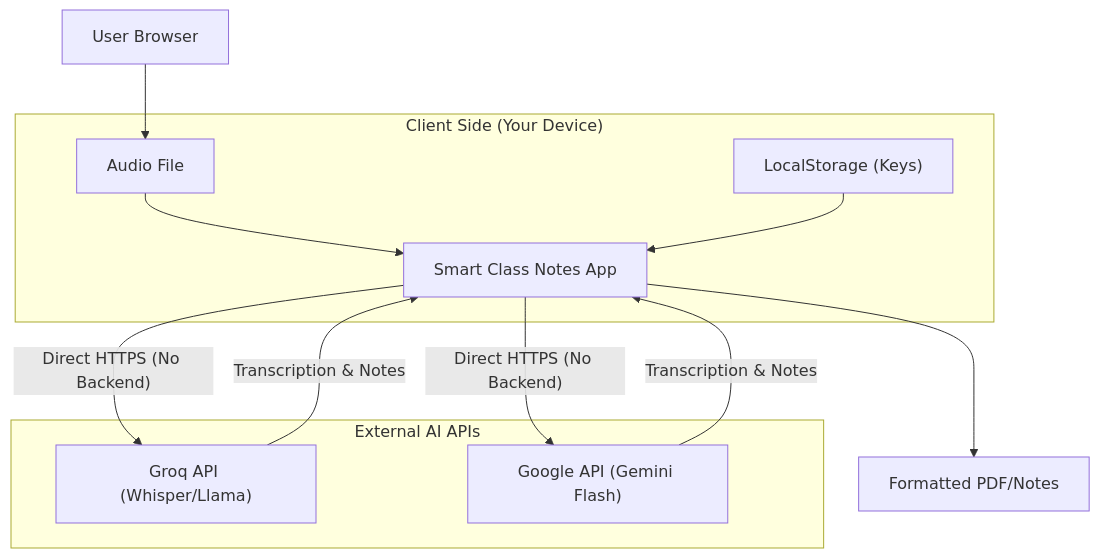
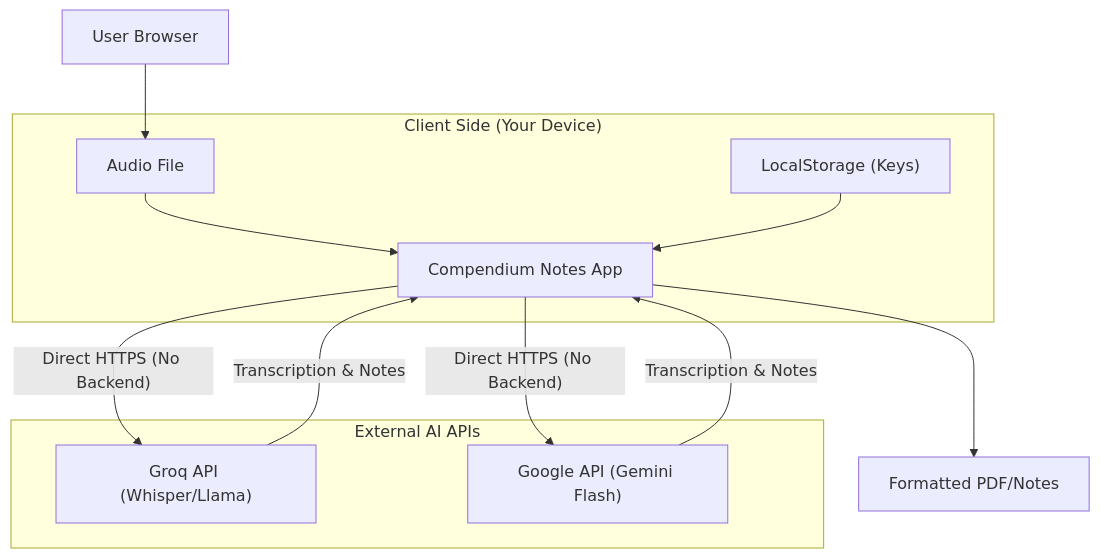
Before and after one commit to ForcexDev/compendium-notes: the diagram in README.md, drawn with Mermaid. The commit also changed other lines of this file and 26 other files, not shown here.

Commit message:
feat: Initialize SmartClassNotes application with PDF generation, UI components, and utility modules.

````diff
--- a/README.md
+++ b/README.md
@@ -68,26 +68,26 @@
 ```mermaid
 graph TD
     User["User Browser"]
     subgraph "Client Side (Your Device)"
         Upload["Audio File"]
         Store["LocalStorage (Keys)"]
-        App["Smart Class Notes App"]
+        App["Compendium Notes App"]
     end
     
     subgraph "External AI APIs"
         Groq["Groq API (Whisper/Llama)"]
         Gemini["Google API (Gemini Flash)"]
     end
 
     User --> Upload
     Upload --> App
     Store --> App
     
     App -- "Direct HTTPS (No Backend)" --> Groq
     App -- "Direct HTTPS (No Backend)" --> Gemini
     
     Groq -- "Transcription & Notes" --> App
     Gemini -- "Transcription & Notes" --> App
     
     App --> Result["Formatted PDF/Notes"]
 ```
````
